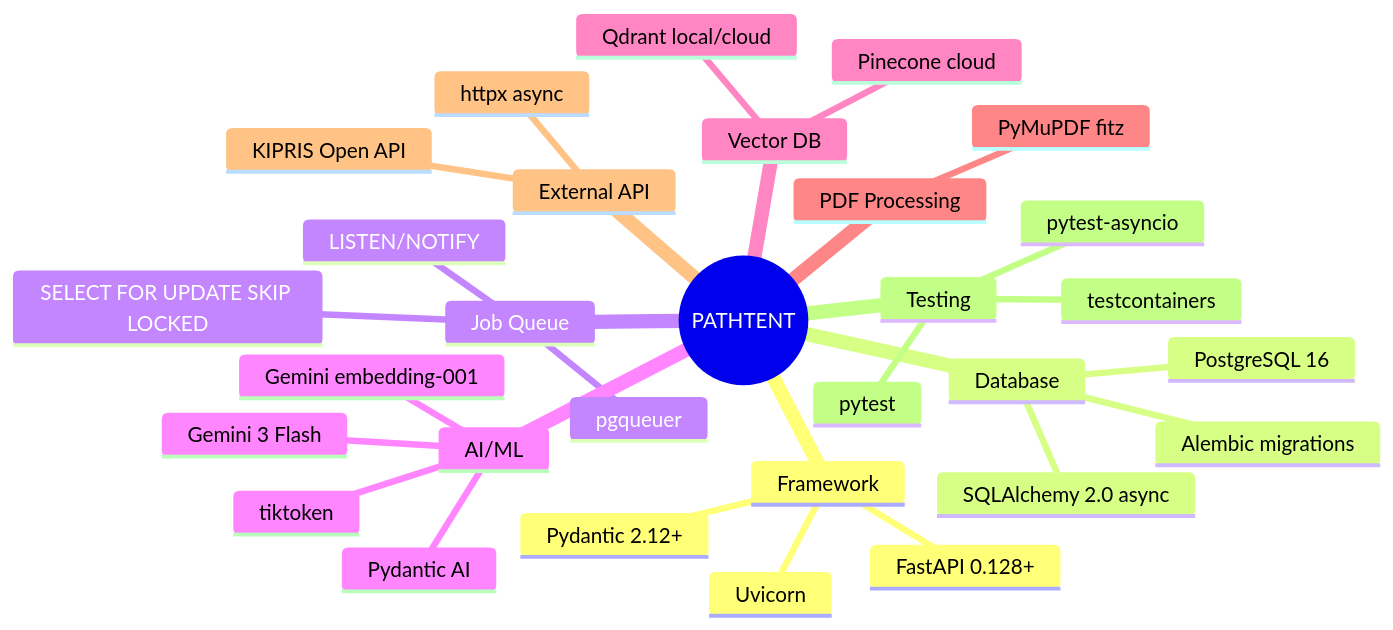
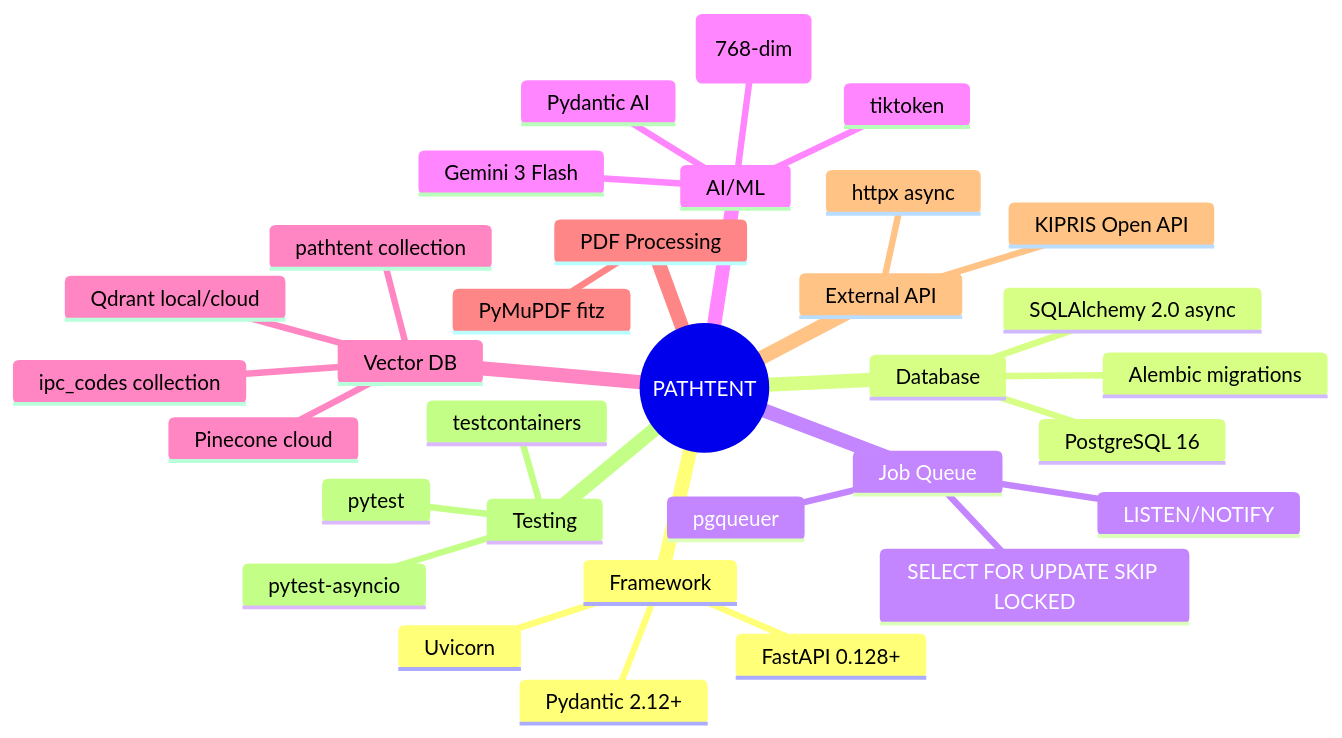
One commit to williamtribe/pathtent changed the tenth of 14 diagrams in docs/ARCHITECTURE.md. Above: the diagram before and after it, drawn with Mermaid. The commit also changed other lines of this file and 14 other files, not shown here.

````diff
--- a/docs/ARCHITECTURE.md
+++ b/docs/ARCHITECTURE.md
@@ -431,33 +431,35 @@
 ```mermaid
 mindmap
   root((PATHTENT))
     Framework
       FastAPI 0.128+
       Pydantic 2.12+
       Uvicorn
     Database
       PostgreSQL 16
       SQLAlchemy 2.0 async
       Alembic migrations
     Job Queue
       pgqueuer
       LISTEN/NOTIFY
       SELECT FOR UPDATE SKIP LOCKED
     AI/ML
       Pydantic AI
       Gemini 3 Flash
-      Gemini embedding-001
+      Gemini embedding-001 (768-dim)
       tiktoken
     Vector DB
       Pinecone cloud
       Qdrant local/cloud
+      pathtent collection
+      ipc_codes collection
     PDF Processing
       PyMuPDF fitz
     External API
       KIPRIS Open API
       httpx async
     Testing
       pytest
       pytest-asyncio
       testcontainers
 ```
````
